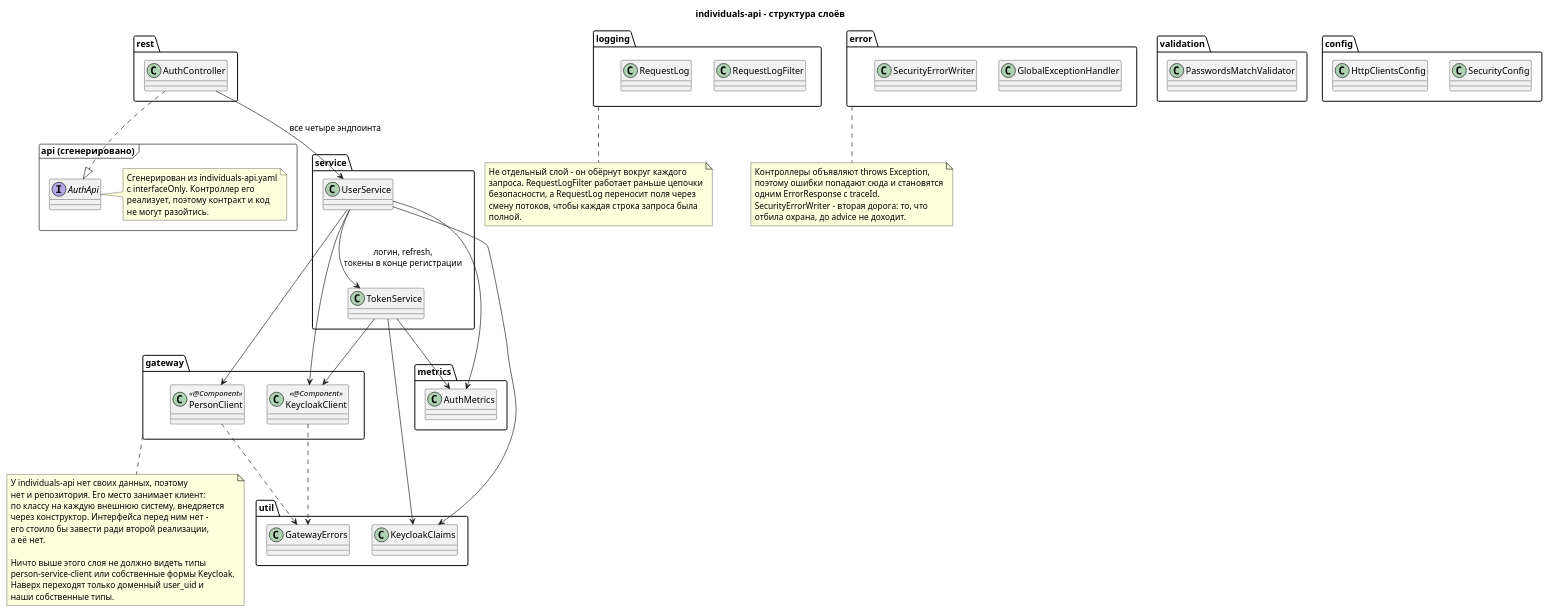
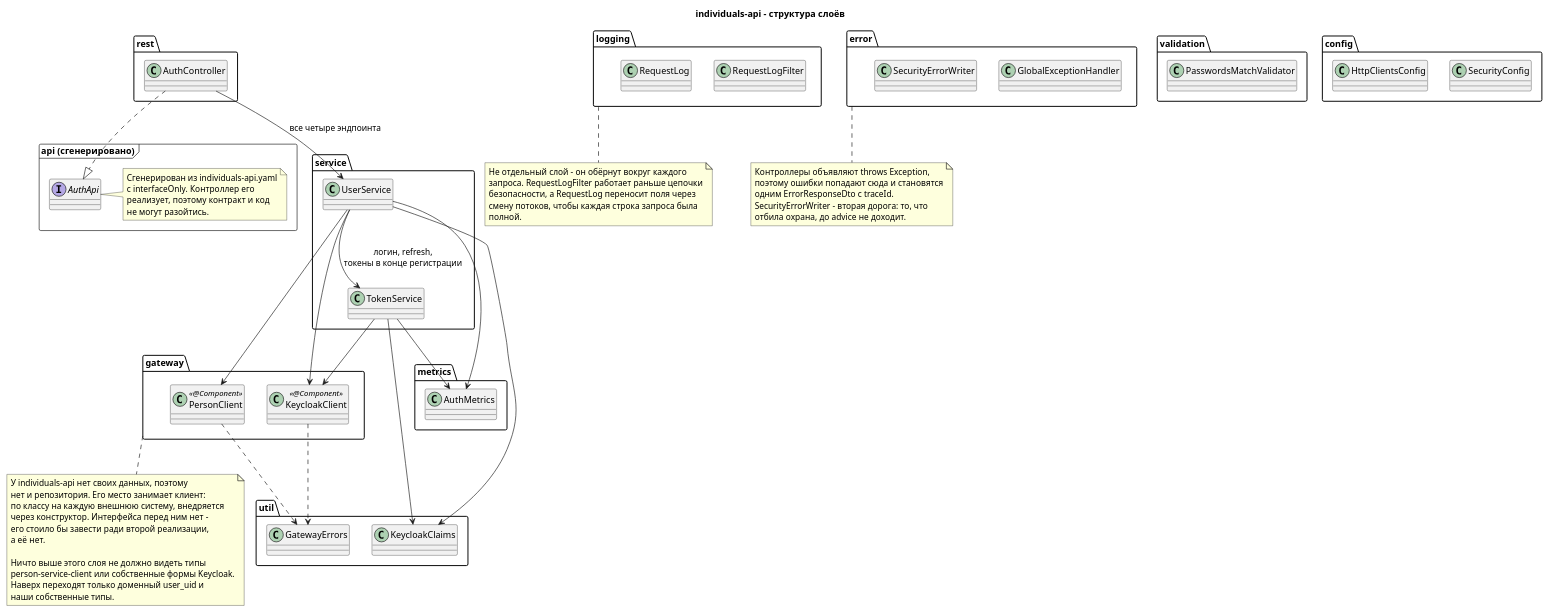
The diagram in docs/puml-ru/layers.puml (dezxxx/payment-platform), drawn with PlantUML before and after one commit. The commit also changed 20 other files, not shown here.

```diff
--- a/docs/puml-ru/layers.puml
+++ b/docs/puml-ru/layers.puml
@@ -1,105 +1,105 @@
 @startuml layers
 title individuals-api - структура слоёв
 
 skinparam shadowing false
 skinparam classAttributeIconSize 0
 
 package "api (сгенерировано)" <<Frame>> {
   interface AuthApi
   note right of AuthApi
     Сгенерирован из individuals-api.yaml
     с interfaceOnly. Контроллер его
     реализует, поэтому контракт и код
     не могут разойтись.
   end note
 }
 
 package rest {
   class AuthController
 }
 
 package service {
   class UserService
   class TokenService
 }
 
 package gateway {
   class PersonClient <<@Component>>
   class KeycloakClient <<@Component>>
 }
 
 package validation {
   class PasswordsMatchValidator
 }
 
 package error {
   class GlobalExceptionHandler
   class SecurityErrorWriter
 }
 
 package logging {
   class RequestLogFilter
   class RequestLog
 }
 
 package config {
   class SecurityConfig
   class HttpClientsConfig
 }
 
 package util {
   class KeycloakClaims
   class GatewayErrors
 }
 
 package metrics {
   class AuthMetrics
 }
 
 AuthController ..|> AuthApi
 AuthController --> UserService : все четыре эндпоинта
 
 UserService --> PersonClient
 UserService --> KeycloakClient
 UserService --> TokenService : логин, refresh,\nтокены в конце регистрации
 TokenService --> KeycloakClient
 
 UserService --> AuthMetrics
 TokenService --> AuthMetrics
 UserService --> KeycloakClaims
 TokenService --> KeycloakClaims
 
 PersonClient ..> GatewayErrors
 KeycloakClient ..> GatewayErrors
 
 note bottom of gateway
   У individuals-api нет своих данных, поэтому
   нет и репозитория. Его место занимает клиент:
   по классу на каждую внешнюю систему, внедряется
   через конструктор. Интерфейса перед ним нет -
   его стоило бы завести ради второй реализации,
   а её нет.
 
   Ничто выше этого слоя не должно видеть типы
   person-service-client или собственные формы Keycloak.
   Наверх переходят только доменный user_uid и
   наши собственные типы.
 end note
 
 note bottom of logging
   Не отдельный слой - он обёрнут вокруг каждого
   запроса. RequestLogFilter работает раньше цепочки
   безопасности, а RequestLog переносит поля через
   смену потоков, чтобы каждая строка запроса была
   полной.
 end note
 
 note bottom of error
   Контроллеры объявляют throws Exception,
   поэтому ошибки попадают сюда и становятся
-  одним ErrorResponse с traceId.
+  одним ErrorResponseDto с traceId.
   SecurityErrorWriter - вторая дорога: то, что
   отбила охрана, до advice не доходит.
 end note
 
 @enduml
```
